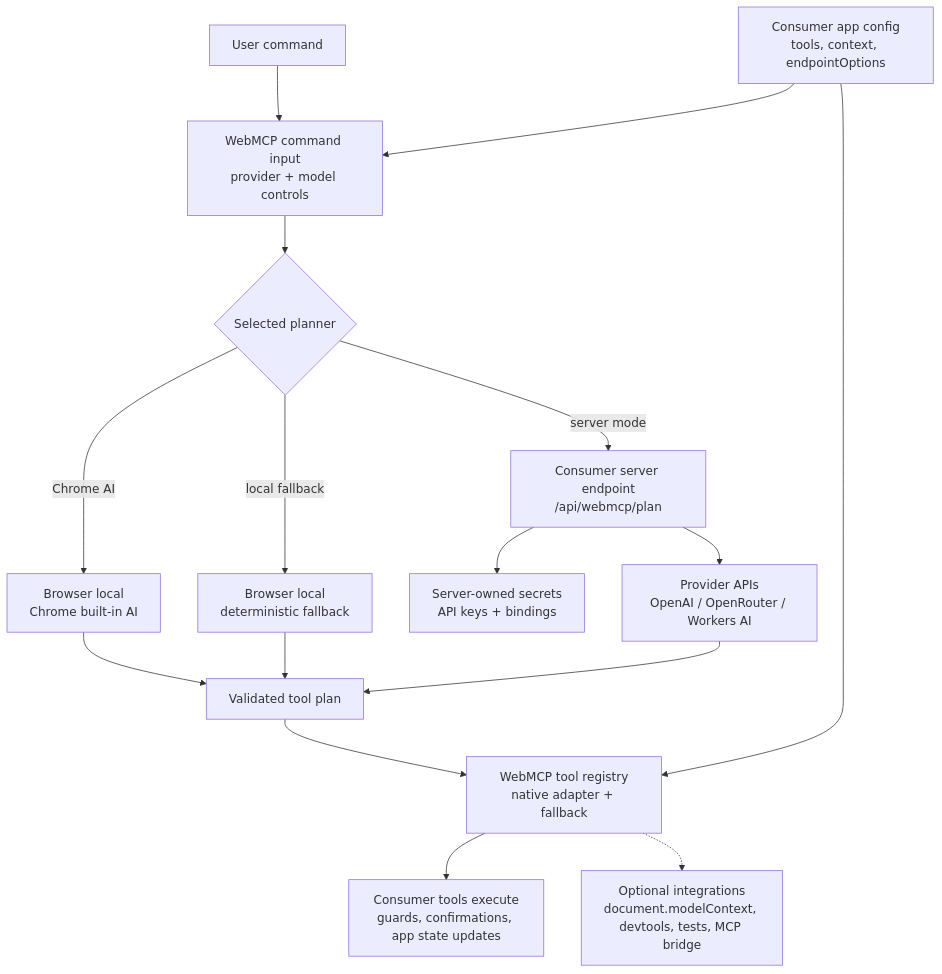
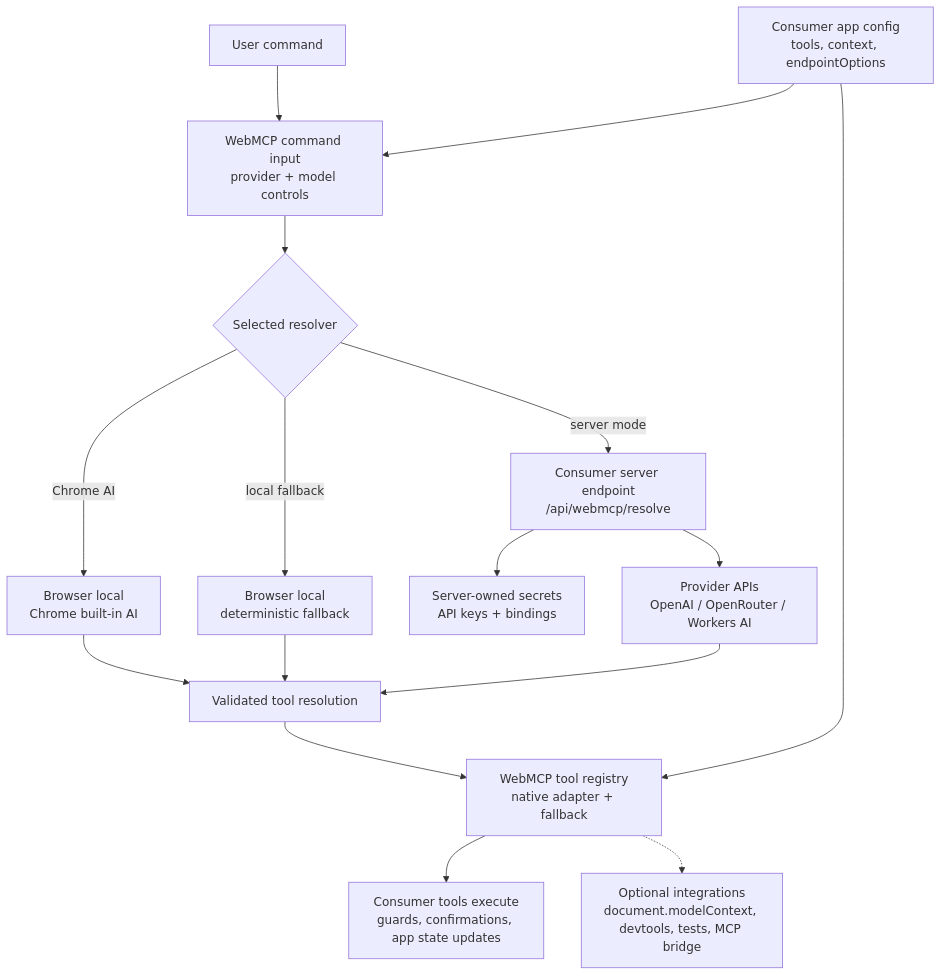
One commit to vampaz/web-mcp changed the diagram in README.md. Above: the diagram before and after it, drawn with Mermaid. The commit also changed other lines of this file and 79 other files, not shown here.

````diff
--- a/README.md
+++ b/README.md
@@ -44,32 +44,32 @@
 ```mermaid
 flowchart TB
   User["User command"]
   Consumer["Consumer app config<br/>tools, context, endpointOptions"]
   Command["WebMCP command input<br/>provider + model controls"]
-  Choice{"Selected planner"}
+  Choice{"Selected resolver"}
   ChromeAI["Browser local<br/>Chrome built-in AI"]
-  LocalPlanner["Browser local<br/>deterministic fallback"]
-  Server["Consumer server endpoint<br/>/api/webmcp/plan"]
+  LocalResolver["Browser local<br/>deterministic fallback"]
+  Server["Consumer server endpoint<br/>/api/webmcp/resolve"]
   Secrets["Server-owned secrets<br/>API keys + bindings"]
   Providers["Provider APIs<br/>OpenAI / OpenRouter / Workers AI"]
-  Plan["Validated tool plan"]
+  Resolution["Validated tool resolution"]
   Registry["WebMCP tool registry<br/>native adapter + fallback"]
   Native["Optional integrations<br/>document.modelContext, devtools, tests, MCP bridge"]
   Tools["Consumer tools execute<br/>guards, confirmations, app state updates"]
 
   User --> Command
   Consumer --> Command
   Consumer --> Registry
   Command --> Choice
   Choice -->|"Chrome AI"| ChromeAI
-  Choice -->|"local fallback"| LocalPlanner
+  Choice -->|"local fallback"| LocalResolver
   Choice -->|"server mode"| Server
   Server --> Secrets
   Server --> Providers
-  ChromeAI --> Plan
-  LocalPlanner --> Plan
-  Providers --> Plan
-  Plan --> Registry
+  ChromeAI --> Resolution
+  LocalResolver --> Resolution
+  Providers --> Resolution
+  Resolution --> Registry
   Registry --> Tools
   Registry -.-> Native
 ```
````
